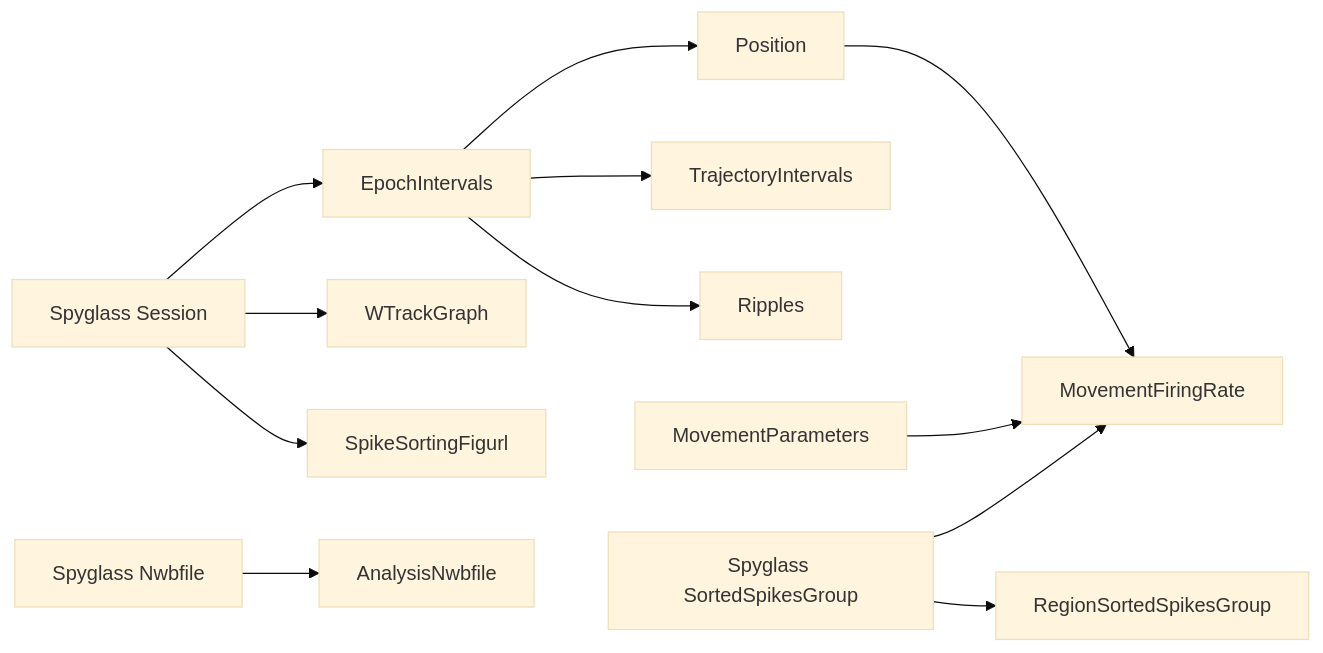
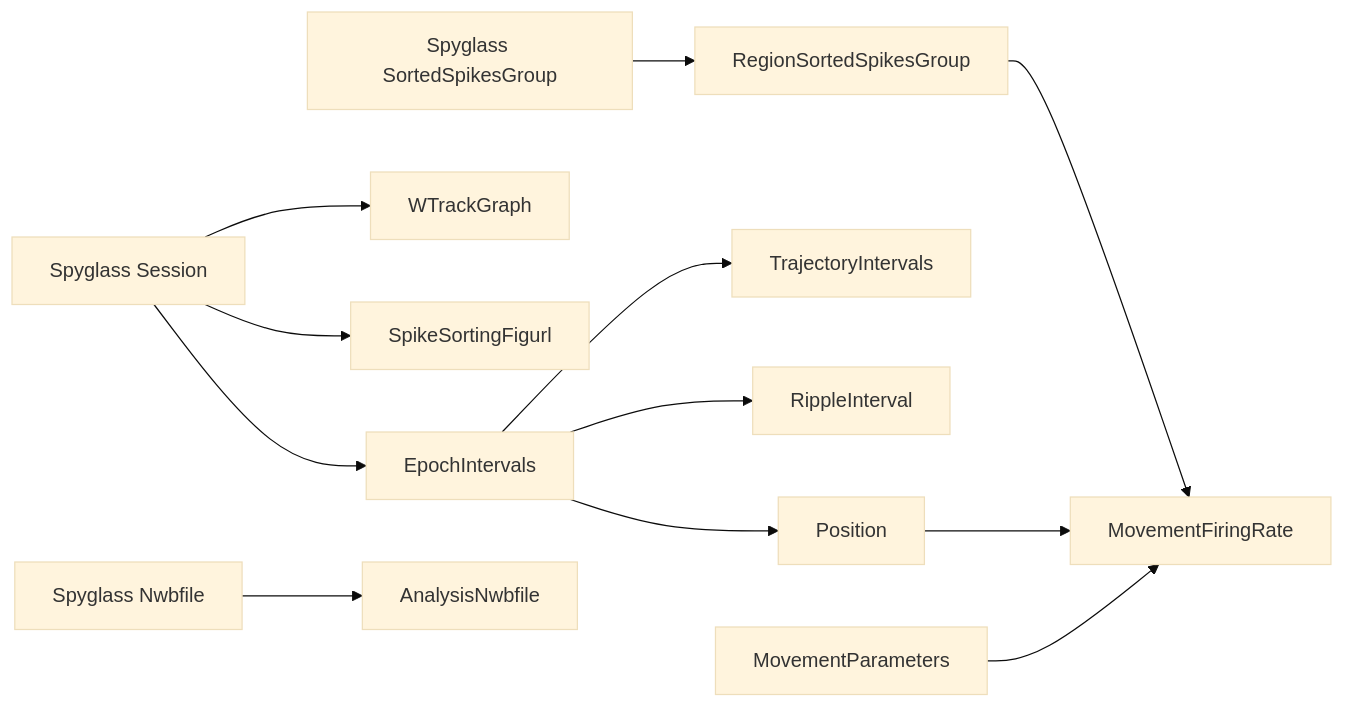
One commit to khl02007/v1ca1 changed the first of 3 diagrams in src/v1ca1/spyglass/README.md. Above: the diagram before and after it, drawn with Mermaid (base theme). The commit also changed other lines of this file and 18 other files, not shown here.

````diff
--- a/src/v1ca1/spyglass/README.md
+++ b/src/v1ca1/spyglass/README.md
@@ -104,14 +108,14 @@
 ```mermaid
 flowchart LR
     Session["Spyglass Session"] --> EpochIntervals
     Session --> WTrackGraph
     Session --> SpikeSortingFigurl
     EpochIntervals --> Position
     EpochIntervals --> TrajectoryIntervals
-    EpochIntervals --> Ripples
+    EpochIntervals --> RippleInterval
     SortedSpikesGroup["Spyglass SortedSpikesGroup"] --> RegionSortedSpikesGroup
+    RegionSortedSpikesGroup --> MovementFiringRate
     Position --> MovementFiringRate
     MovementParameters --> MovementFiringRate
-    SortedSpikesGroup --> MovementFiringRate
     Nwbfile["Spyglass Nwbfile"] --> AnalysisNwbfile
 ```
````
